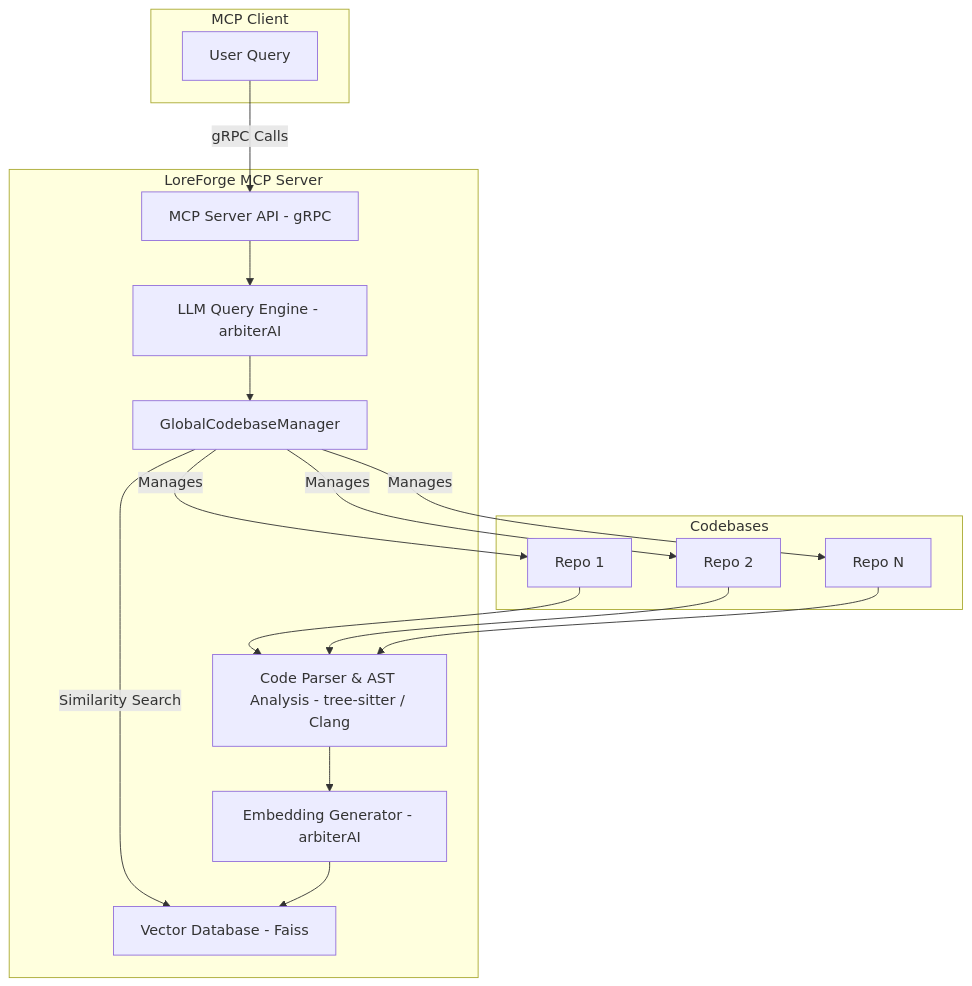
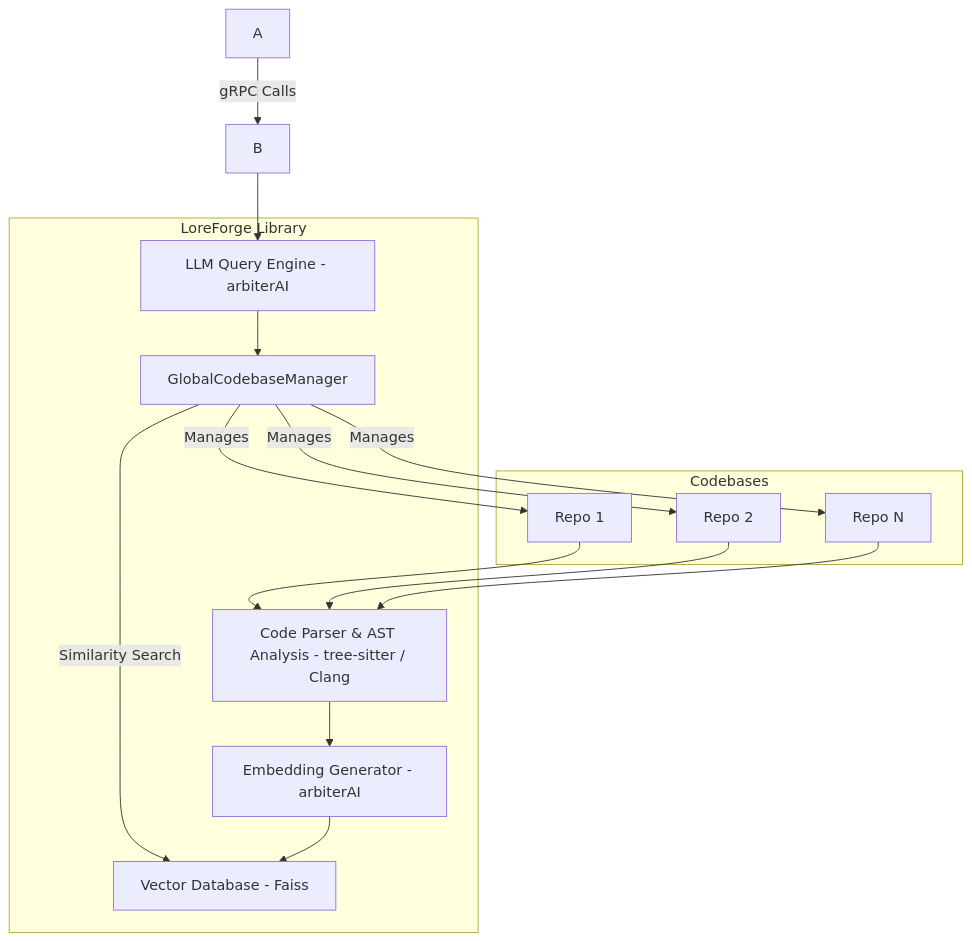
Before and after one commit to caseymcc/loreforge: the second of 2 diagrams in docs/development_plan.md, drawn with Mermaid. The commit also changed other lines of this file and 6 other files, not shown here.

````diff
--- a/docs/development_plan.md
+++ b/docs/development_plan.md
@@ -57,34 +52,29 @@
 ```mermaid
 graph TD
-    subgraph "MCP Client"
-        A[User Query]
-    end
-
-    subgraph "LoreForge MCP Server"
-        B[MCP Server API - gRPC]
+    subgraph "LoreForge Library"
         C[LLM Query Engine - arbiterAI]
         H[GlobalCodebaseManager]
         D[Vector Database - Faiss]
         E[Embedding Generator - arbiterAI]
         F[Code Parser & AST Analysis - tree-sitter / Clang]
     end
     
     subgraph "Codebases"
         G1[Repo 1]
         G2[Repo 2]
         G3[Repo N]
     end
 
     A -- "gRPC Calls" --> B
     B --> C
     C --> H
     H -- "Similarity Search" --> D
     H -- "Manages" --> G1
     H -- "Manages" --> G2
     H -- "Manages" --> G3
     F --> E
     E --> D
     G1 --> F
     G2 --> F
     G3 --> F
 ```
````
